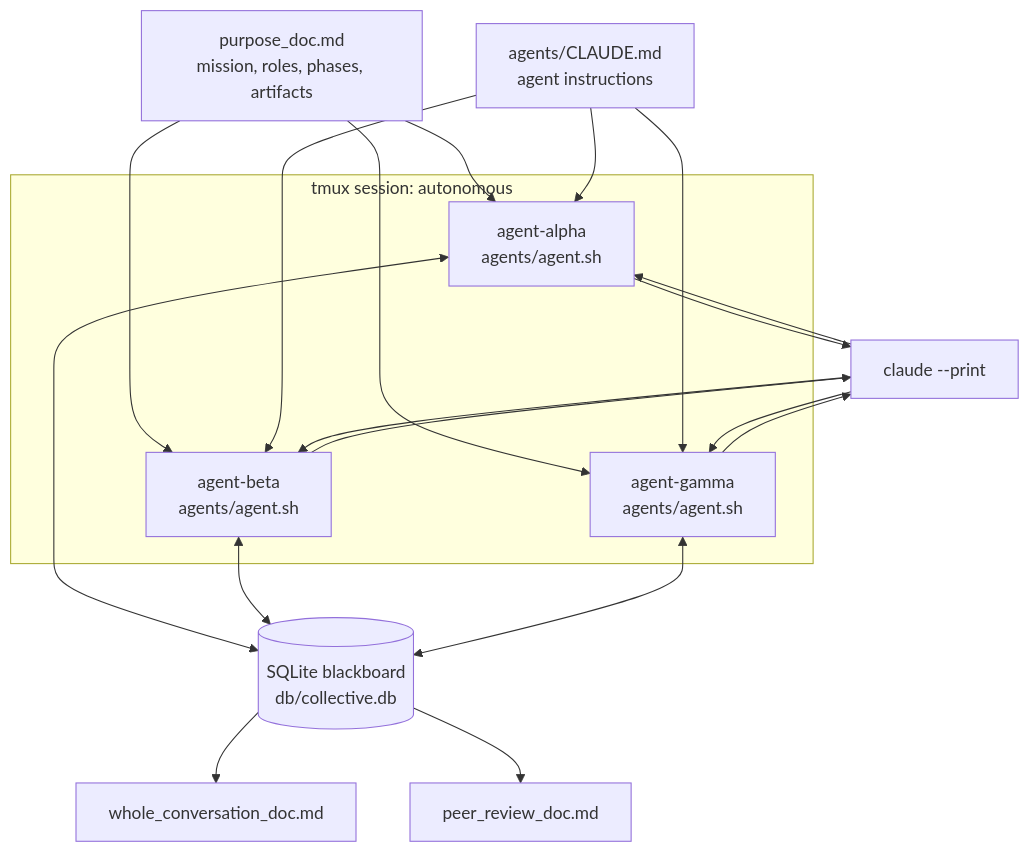
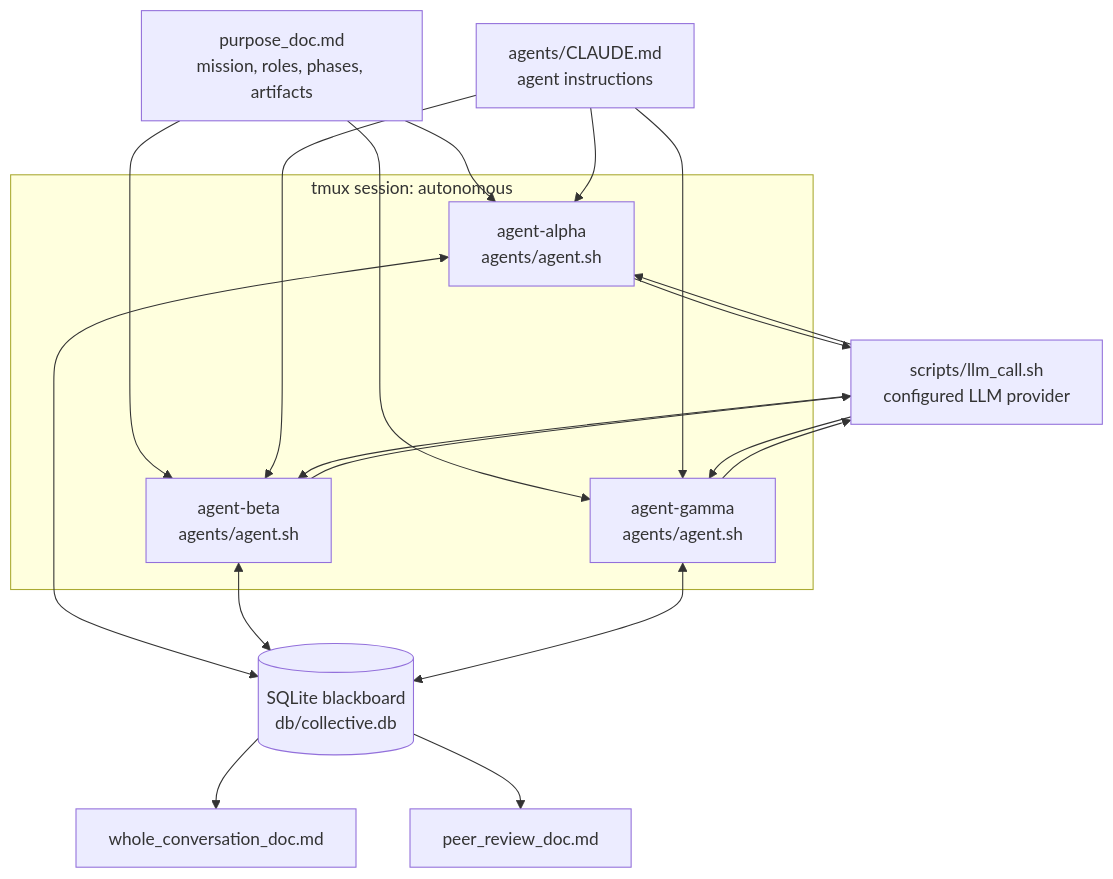
Before and after one commit to geeknees/decentralized-multi-agent: the first of 5 diagrams in paper/figures.md, drawn with Mermaid. The commit also changed other lines of this file and 8 other files, not shown here.

Commit message:
feat(llm): add provider adapter script with tests and docs updates

````diff
--- a/paper/figures.md
+++ b/paper/figures.md
@@ -7,33 +7,33 @@
 ```mermaid
 flowchart TB
     subgraph T[tmux session: autonomous]
         A1[agent-alpha<br/>agents/agent.sh]
         A2[agent-beta<br/>agents/agent.sh]
         A3[agent-gamma<br/>agents/agent.sh]
     end
 
     P[purpose_doc.md<br/>mission, roles, phases, artifacts]
     C[agents/CLAUDE.md<br/>agent instructions]
-    LLM[claude --print]
+    LLM[scripts/llm_call.sh<br/>configured LLM provider]
     DB[(SQLite blackboard<br/>db/collective.db)]
     D1[whole_conversation_doc.md]
     D2[peer_review_doc.md]
 
     P --> A1
     P --> A2
     P --> A3
     C --> A1
     C --> A2
     C --> A3
     A1 <--> DB
     A2 <--> DB
     A3 <--> DB
     A1 --> LLM
     A2 --> LLM
     A3 --> LLM
     LLM --> A1
     LLM --> A2
     LLM --> A3
     DB --> D1
     DB --> D2
 ```
````
